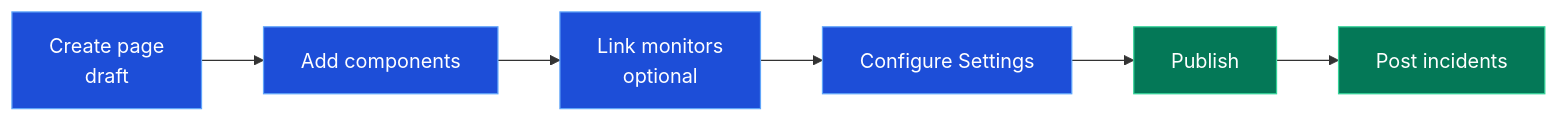
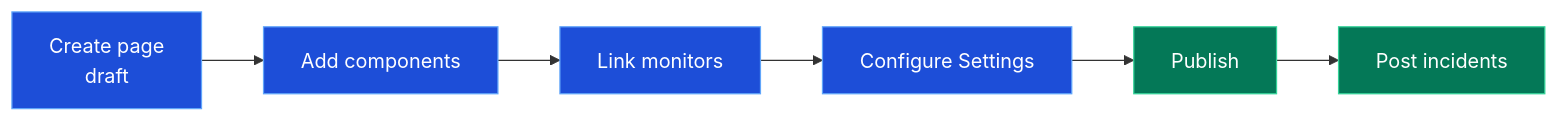
Before and after one commit to supercheck-io/supercheck: the first of 5 diagrams in docs/content/docs/app/communicate/status-pages.mdx, drawn with Mermaid. The commit also changed other lines of this file and 49 other files, not shown here.

````diff
--- a/docs/content/docs/app/communicate/status-pages.mdx
+++ b/docs/content/docs/app/communicate/status-pages.mdx
@@ -15,13 +15,13 @@
 ```mermaid
 flowchart LR
     A[Create page<br/>draft] --> B[Add components]
-    B --> C[Link monitors<br/>optional]
+    B --> C[Link monitors]
     C --> D[Configure Settings]
     D --> E[Publish]
     E --> F[Post incidents]
 
     classDef step fill:#1d4ed8,stroke:#60a5fa,color:#fff
     classDef live fill:#047857,stroke:#34d399,color:#fff
     class A,B,C,D step
     class E,F live
 ```
````
